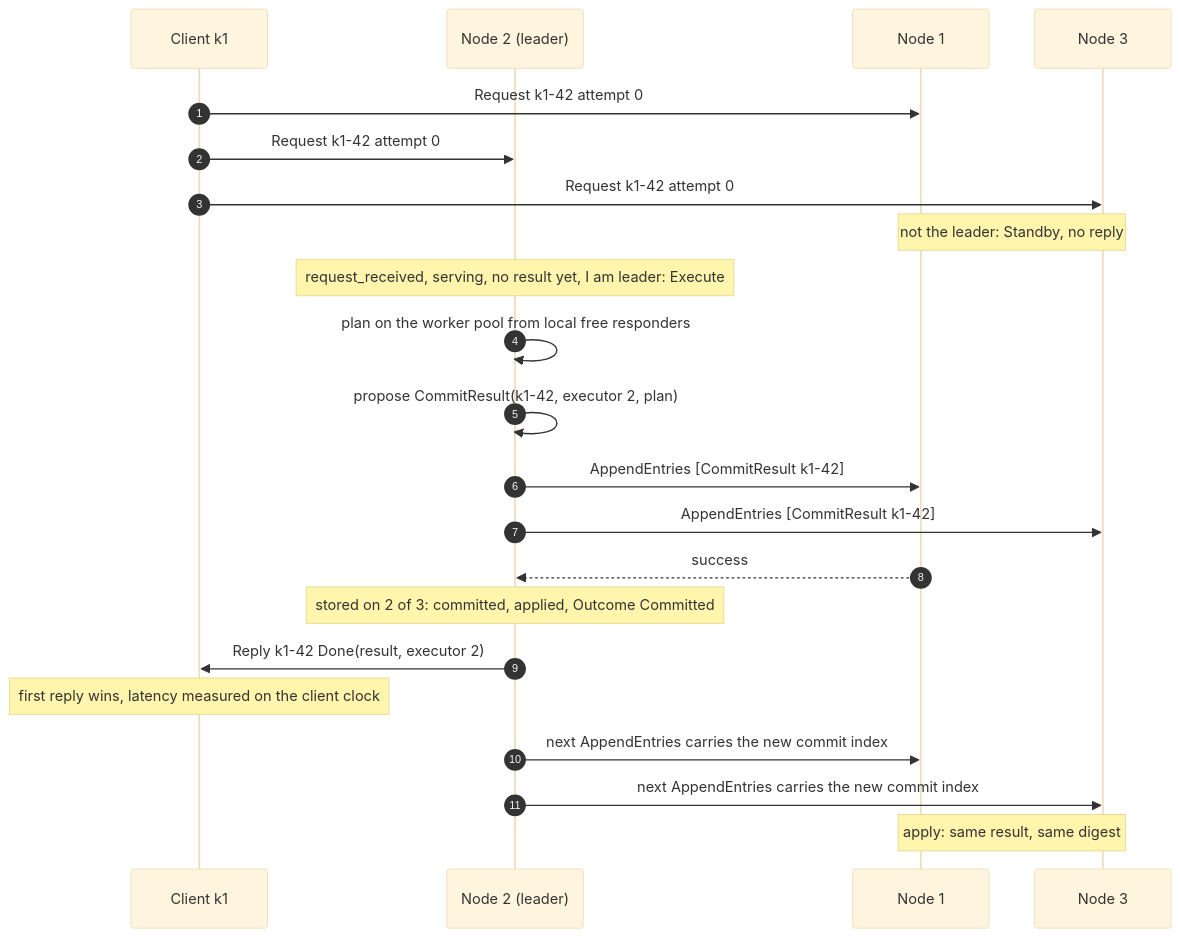
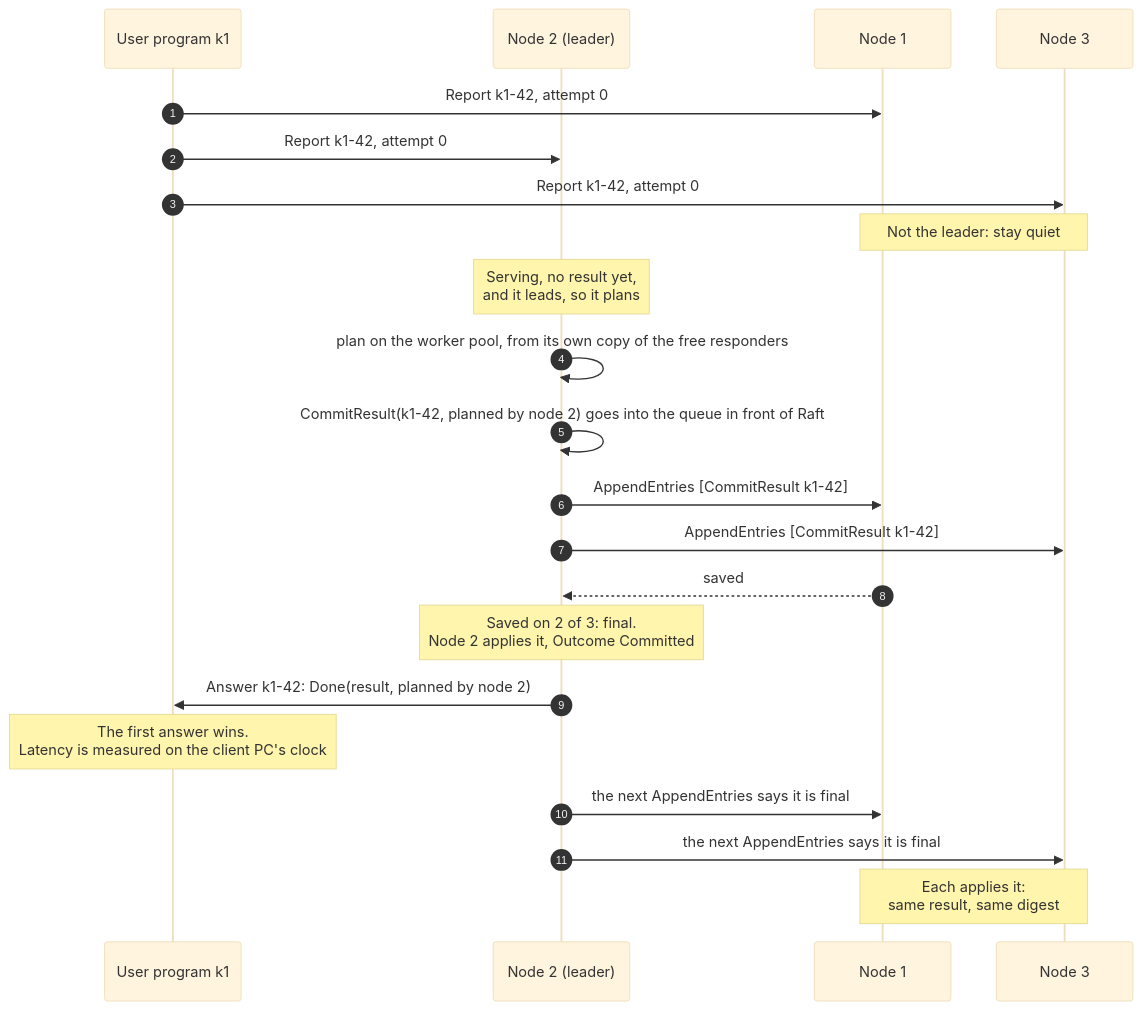
Before and after one commit to noortaytoy1/DistributedSystems: diagram 14 of 48 in docs/architecture.md, drawn with Mermaid (base theme). The commit also changed other lines of this file and 2 other files, not shown here.

First line of the commit message:
Apply the diagram review to the architecture docs (D231)

````diff
--- a/docs/architecture.md
+++ b/docs/architecture.md
@@ -718,24 +787,24 @@
 ```mermaid
 sequenceDiagram
     autonumber
-    participant K as Client k1
+    participant K as User program k1
     participant L as Node 2 (leader)
     participant F1 as Node 1
     participant F3 as Node 3
-    K->>F1: Request k1-42 attempt 0
-    K->>L: Request k1-42 attempt 0
-    K->>F3: Request k1-42 attempt 0
-    Note over F1,F3: not the leader: Standby, no reply
-    Note over L: request_received, serving, no result yet, I am leader: Execute
-    L->>L: plan on the worker pool from local free responders
-    L->>L: propose CommitResult(k1-42, executor 2, plan)
+    K->>F1: Report k1-42, attempt 0
+    K->>L: Report k1-42, attempt 0
+    K->>F3: Report k1-42, attempt 0
+    Note over F1,F3: Not the leader: stay quiet
+    Note over L: Serving, no result yet,<br/>and it leads, so it plans
+    L->>L: plan on the worker pool, from its own copy of the free responders
+    L->>L: CommitResult(k1-42, planned by node 2) goes into the queue in front of Raft
     L->>F1: AppendEntries [CommitResult k1-42]
     L->>F3: AppendEntries [CommitResult k1-42]
-    F1-->>L: success
-    Note over L: stored on 2 of 3: committed, applied, Outcome Committed
-    L->>K: Reply k1-42 Done(result, executor 2)
-    Note over K: first reply wins, latency measured on the client clock
-    L->>F1: next AppendEntries carries the new commit index
-    L->>F3: next AppendEntries carries the new commit index
-    Note over F1,F3: apply: same result, same digest
+    F1-->>L: saved
+    Note over L: Saved on 2 of 3: final.<br/>Node 2 applies it, Outcome Committed
+    L->>K: Answer k1-42: Done(result, planned by node 2)
+    Note over K: The first answer wins.<br/>Latency is measured on the client PC's clock
+    L->>F1: the next AppendEntries says it is final
+    L->>F3: the next AppendEntries says it is final
+    Note over F1,F3: Each applies it:<br/>same result, same digest
 ```
````
